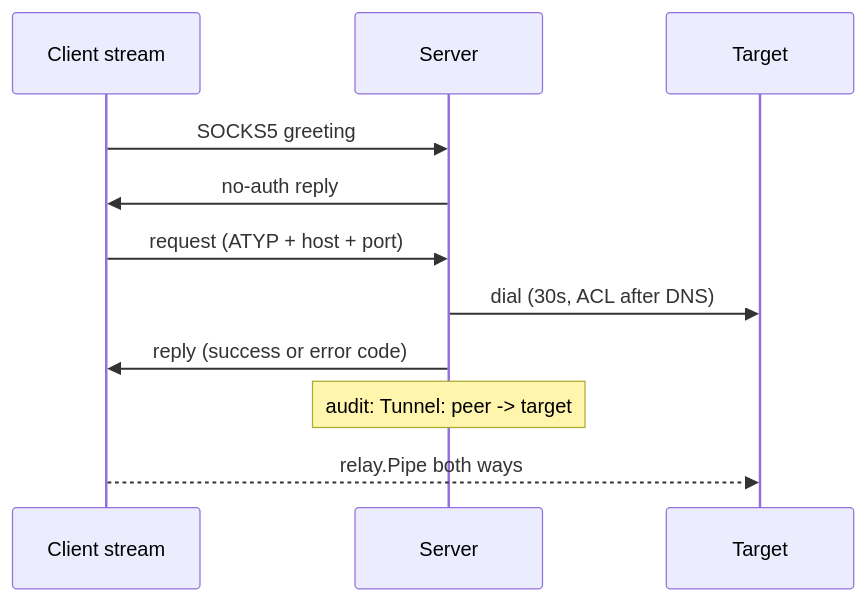
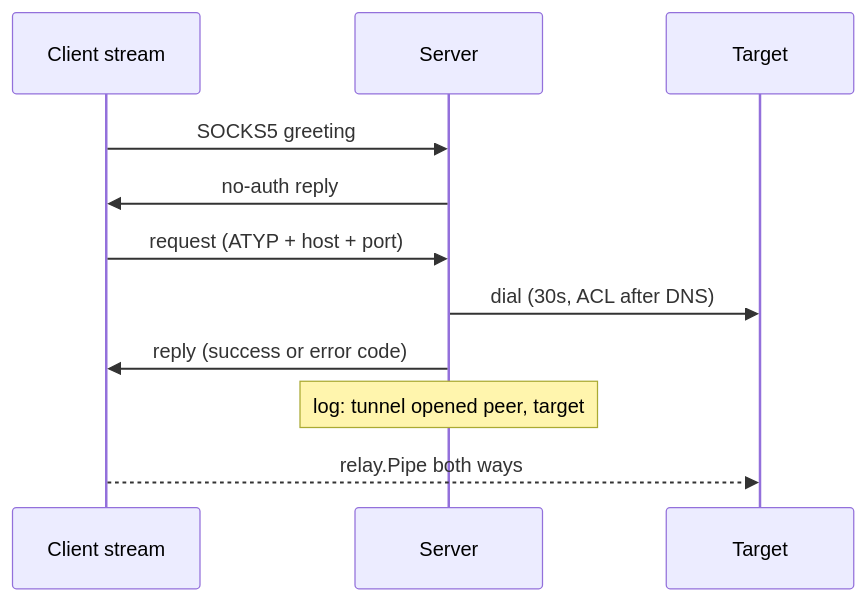
The second of 2 diagrams in docs/WORKFLOWS.md (dimaskiddo/proxy-over-smtp), drawn with Mermaid before and after one commit. The commit also changed other lines of this file and 27 other files, not shown here.

````diff
--- a/docs/WORKFLOWS.md
+++ b/docs/WORKFLOWS.md
@@ -59,14 +63,14 @@
 ```mermaid
 sequenceDiagram
     participant C as Client stream
     participant S as Server
     participant T as Target
 
     C->>S: SOCKS5 greeting
     S->>C: no-auth reply
     C->>S: request (ATYP + host + port)
     S->>T: dial (30s, ACL after DNS)
     S->>C: reply (success or error code)
-    Note over S: audit: Tunnel: peer -> target
+    Note over S: log: tunnel opened peer, target
     C-->>T: relay.Pipe both ways
 ```
````
